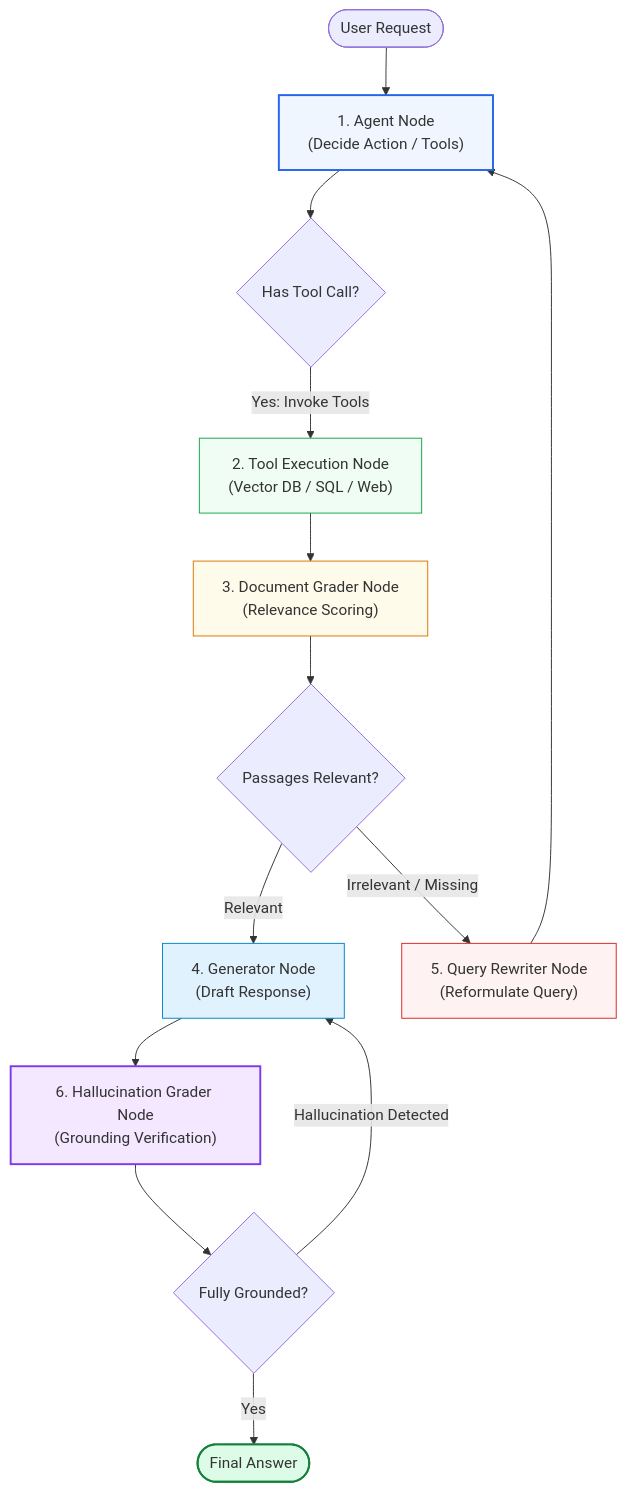
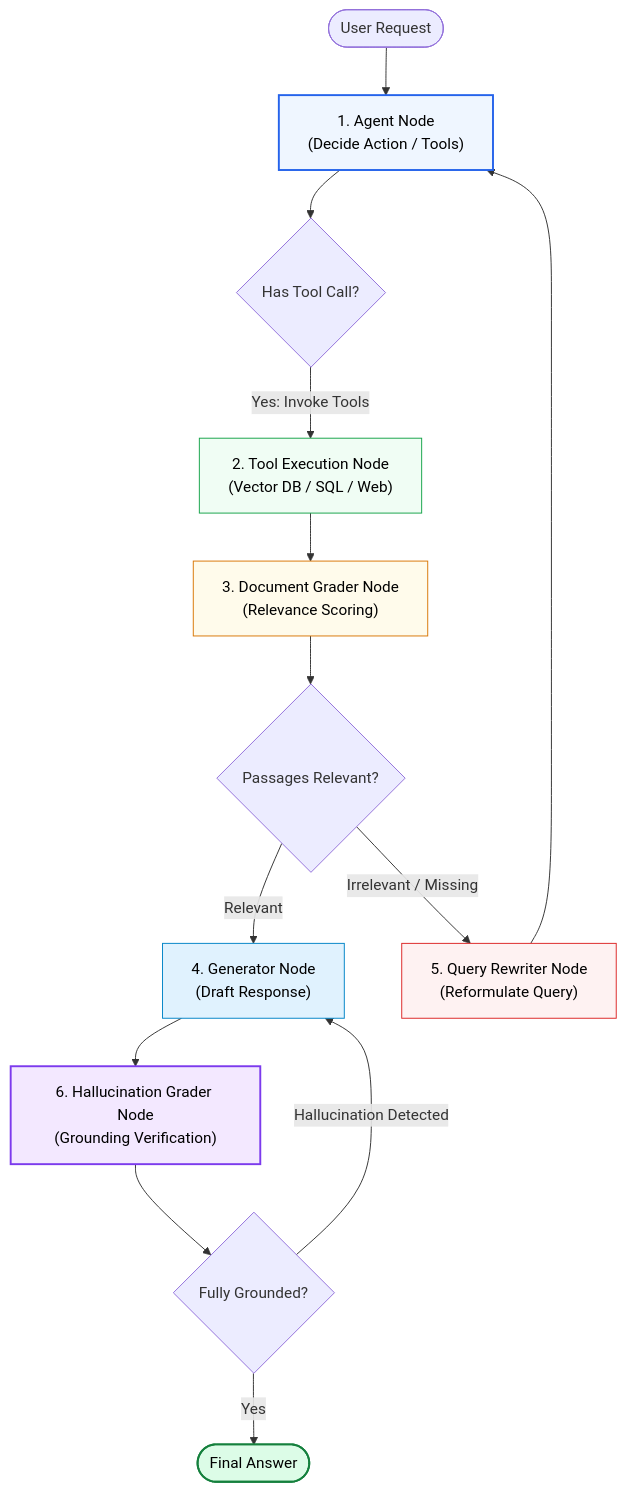
One commit to swapnil3104/RAG-Engineering changed the first of 6 diagrams in 07-Agentic-RAG/LangGraph-RAG.md. Above: the diagram before and after it, drawn with Mermaid. The commit also changed other lines of this file and 108 other files, not shown here.

Commit message:
fix: make chart text visible across all Mermaid diagrams and resolve markdown table formatting issues

````diff
--- a/07-Agentic-RAG/LangGraph-RAG.md
+++ b/07-Agentic-RAG/LangGraph-RAG.md
@@ -36,29 +36,29 @@
 ```mermaid
 flowchart TD
     Start([User Request]) --> AgentNode["1. Agent Node<br/>(Decide Action / Tools)"]
     
     AgentNode --> Decision{"Has Tool Call?"}
     
     Decision -->|"Yes: Invoke Tools"| ToolNode["2. Tool Execution Node<br/>(Vector DB / SQL / Web)"]
     ToolNode --> DocumentGrader["3. Document Grader Node<br/>(Relevance Scoring)"]
     
     DocumentGrader --> GradeCheck{"Passages Relevant?"}
     GradeCheck -->|"Relevant"| GeneratorNode["4. Generator Node<br/>(Draft Response)"]
     GradeCheck -->|"Irrelevant / Missing"| RewriteNode["5. Query Rewriter Node<br/>(Reformulate Query)"]
     
     RewriteNode --> AgentNode
     
     GeneratorNode --> HallucinationGrader["6. Hallucination Grader Node<br/>(Grounding Verification)"]
     
     HallucinationGrader --> GroundCheck{"Fully Grounded?"}
     GroundCheck -->|"Yes"| EndNode([Final Answer])
     GroundCheck -->|"Hallucination Detected"| GeneratorNode
 
-    style AgentNode fill:#eff6ff,stroke:#2563eb,stroke-width:2px
-    style ToolNode fill:#f0fdf4,stroke:#16a34a,stroke-width:1px
-    style DocumentGrader fill:#fffbeb,stroke:#d97706,stroke-width:1px
-    style RewriteNode fill:#fef2f2,stroke:#dc2626,stroke-width:1px
-    style GeneratorNode fill:#e0f2fe,stroke:#0284c7,stroke-width:1px
-    style HallucinationGrader fill:#f3e8ff,stroke:#7c3aed,stroke-width:2px
-    style EndNode fill:#dcfce7,stroke:#15803d,stroke-width:2px
+    style AgentNode fill:#eff6ff,stroke:#2563eb,stroke-width:2px,color:#000000
+    style ToolNode fill:#f0fdf4,stroke:#16a34a,stroke-width:1px,color:#000000
+    style DocumentGrader fill:#fffbeb,stroke:#d97706,stroke-width:1px,color:#000000
+    style RewriteNode fill:#fef2f2,stroke:#dc2626,stroke-width:1px,color:#000000
+    style GeneratorNode fill:#e0f2fe,stroke:#0284c7,stroke-width:1px,color:#000000
+    style HallucinationGrader fill:#f3e8ff,stroke:#7c3aed,stroke-width:2px,color:#000000
+    style EndNode fill:#dcfce7,stroke:#15803d,stroke-width:2px,color:#000000
 ```
````
